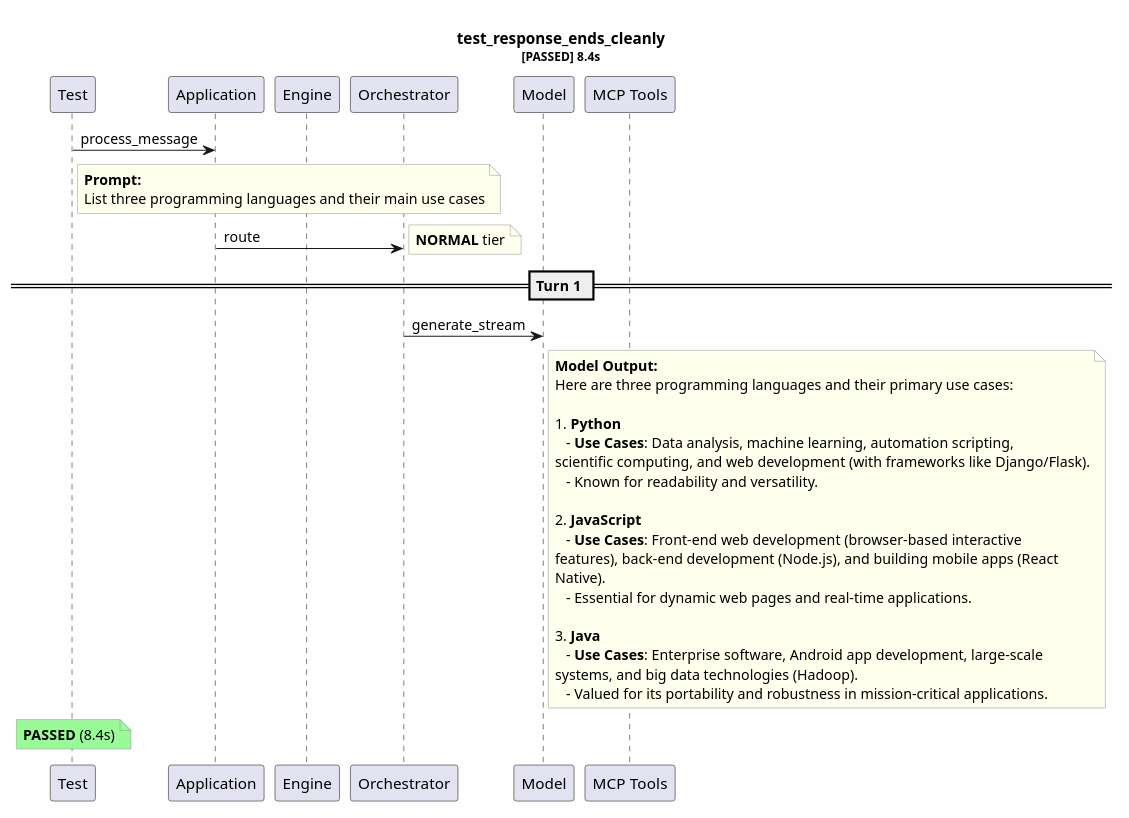
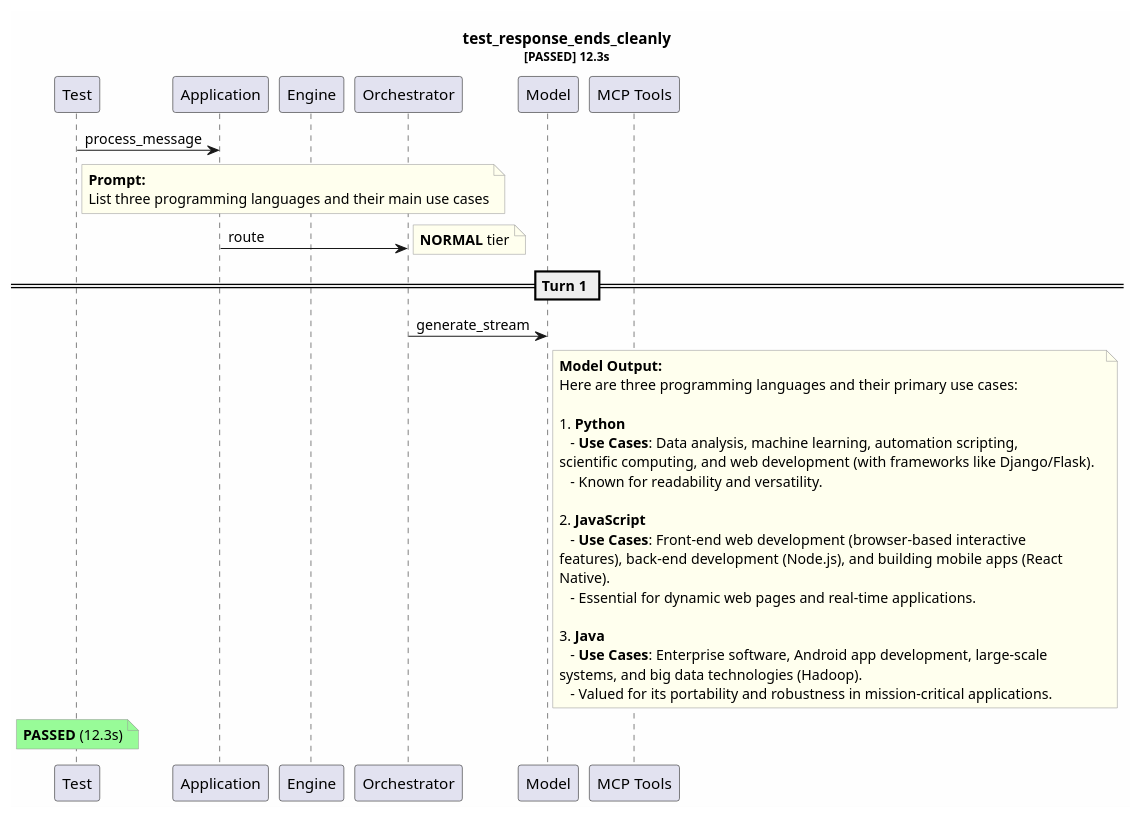
One commit to tvanfossen/entropic changed the diagram in test-reports/test_response_ends_cleanly.puml. Above: the diagram before and after it, drawn with PlantUML. The commit also changed 49 other files, not shown here.

```diff
--- a/test-reports/test_response_ends_cleanly.puml
+++ b/test-reports/test_response_ends_cleanly.puml
@@ -1,47 +1,47 @@
 @startuml
 skinparam backgroundColor #FEFEFE
 skinparam noteBorderColor #999999
 skinparam noteBackgroundColor #FFFFEE
-title test_response_ends_cleanly\n<size:11>[PASSED] 8.4s</size>
+title test_response_ends_cleanly\n<size:11>[PASSED] 12.3s</size>
 
 participant "Test" as T
 participant "Application" as App
 participant "Engine" as Eng
 participant "Orchestrator" as Orch
 participant "Model" as Mdl
 participant "MCP Tools" as MCP
 
 T -> App: process_message
 note right of T
   **Prompt:**
   List three programming languages and their main use cases
 end note
 App -> Orch: route
 note right: **NORMAL** tier
 == Turn 1 ==
 Orch -> Mdl: generate_stream
 note right of Mdl
   **Model Output:**
   Here are three programming languages and their primary use cases:
-
-  1. **Python**
-     - **Use Cases**: Data analysis, machine learning, automation scripting,
-  scientific computing, and web development (with frameworks like Django/Flask).
+  
+  1. **Python**  
+     - **Use Cases**: Data analysis, machine learning, automation scripting, 
+  scientific computing, and web development (with frameworks like Django/Flask).  
      - Known for readability and versatility.
-
-  2. **JavaScript**
-     - **Use Cases**: Front-end web development (browser-based interactive
-  features), back-end development (Node.js), and building mobile apps (React
-  Native).
+  
+  2. **JavaScript**  
+     - **Use Cases**: Front-end web development (browser-based interactive 
+  features), back-end development (Node.js), and building mobile apps (React 
+  Native).  
      - Essential for dynamic web pages and real-time applications.
-
-  3. **Java**
-     - **Use Cases**: Enterprise software, Android app development, large-scale
-  systems, and big data technologies (Hadoop).
+  
+  3. **Java**  
+     - **Use Cases**: Enterprise software, Android app development, large-scale 
+  systems, and big data technologies (Hadoop).  
      - Valued for its portability and robustness in mission-critical applications.
 end note
 note over T #palegreen
-  **PASSED** (8.4s)
+  **PASSED** (12.3s)
 end note
 
 @enduml
```
